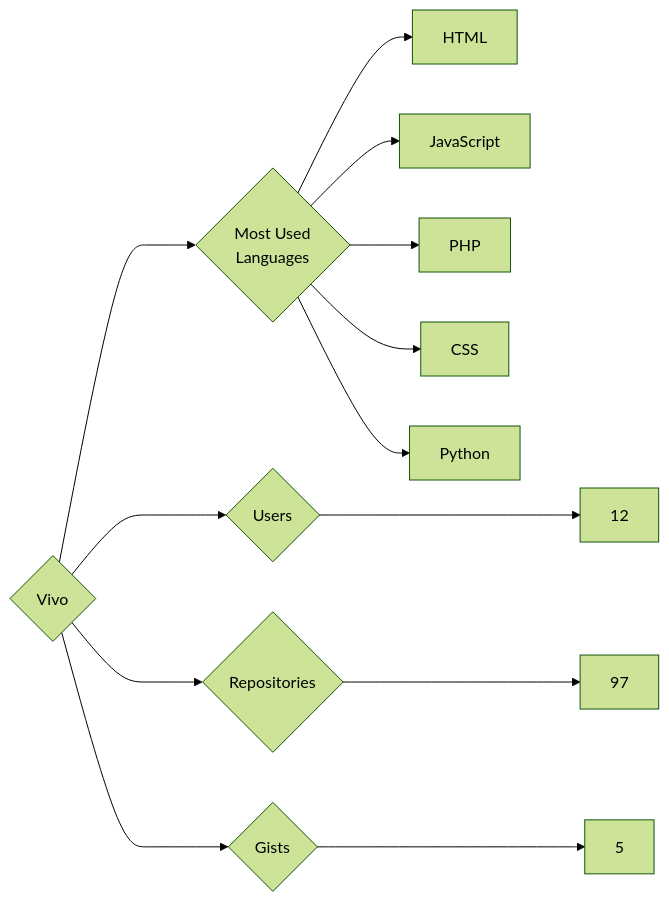
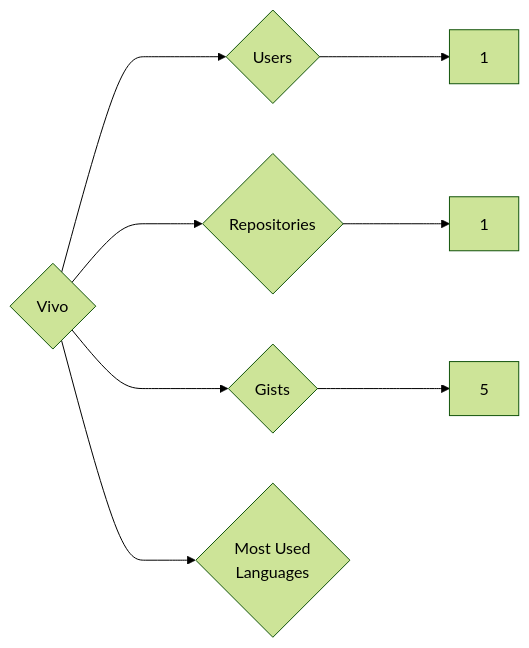
One commit to trickest/insiders changed the diagram in targets/Vivo/README.md. Above: the diagram before and after it, drawn with Mermaid (forest theme). The commit also changed 895 other files, not shown here.

````diff
--- a/targets/Vivo/README.md
+++ b/targets/Vivo/README.md
@@ -3,13 +3,8 @@
 ```mermaid
 graph LR
 COMPANY_NAME{Vivo}
-COMPANY_NAME ---> U{Users} ---> UN[12]
-COMPANY_NAME ---> R{Repositories} ---> RN[97]
+COMPANY_NAME ---> U{Users} ---> UN[1]
+COMPANY_NAME ---> R{Repositories} ---> RN[1]
 COMPANY_NAME ---> G{Gists} ---> GN[5]
 COMPANY_NAME ---> ML{Most Used<br>Languages}
-ML --> HTML[HTML]
-ML --> JavaScript[JavaScript]
-ML --> PHP[PHP]
-ML --> CSS[CSS]
-ML --> Python[Python]
 ```
````
